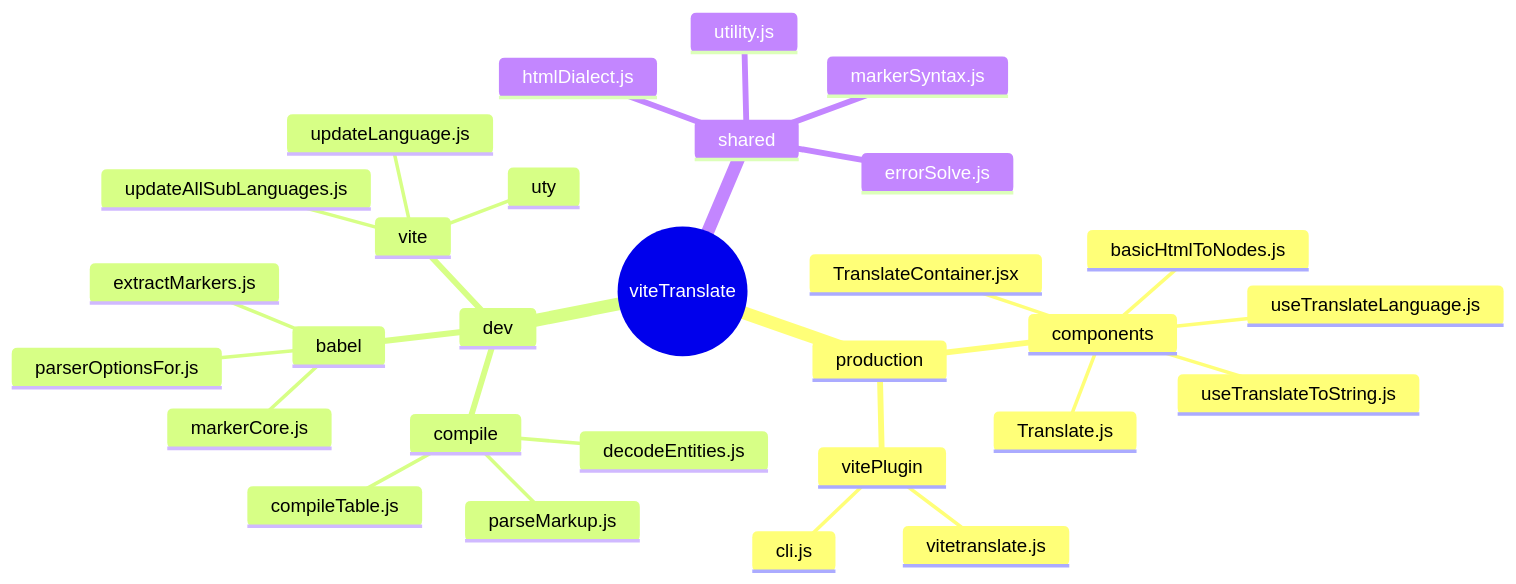
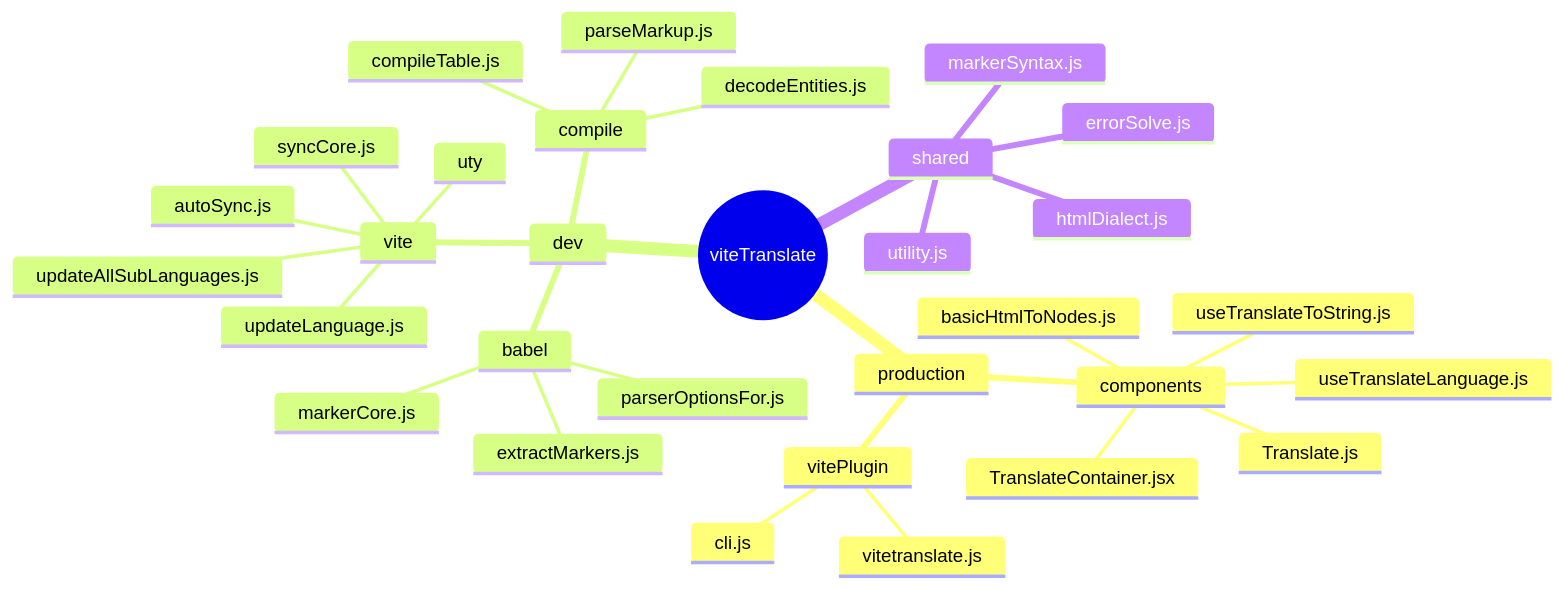
Before and after one commit to sepoina/viteTranslate: the second of 8 diagrams in doc/structure.md, drawn with Mermaid. The commit also changed other lines of this file and 26 other files, not shown here.

````diff
--- a/doc/structure.md
+++ b/doc/structure.md
@@ -82,32 +82,34 @@
 ```mermaid
 mindmap
   root((viteTranslate))
     production
       components
         TranslateContainer.jsx
         Translate.js
         useTranslateLanguage.js
         useTranslateToString.js
         basicHtmlToNodes.js
       vitePlugin
         vitetranslate.js
         cli.js
     dev
       babel
         markerCore.js
         extractMarkers.js
         parserOptionsFor.js
       compile
         compileTable.js
         parseMarkup.js
         decodeEntities.js
       vite
         updateLanguage.js
         updateAllSubLanguages.js
+        syncCore.js
+        autoSync.js
         uty
     shared
       htmlDialect.js
       errorSolve.js
       markerSyntax.js
       utility.js
 ```
````
